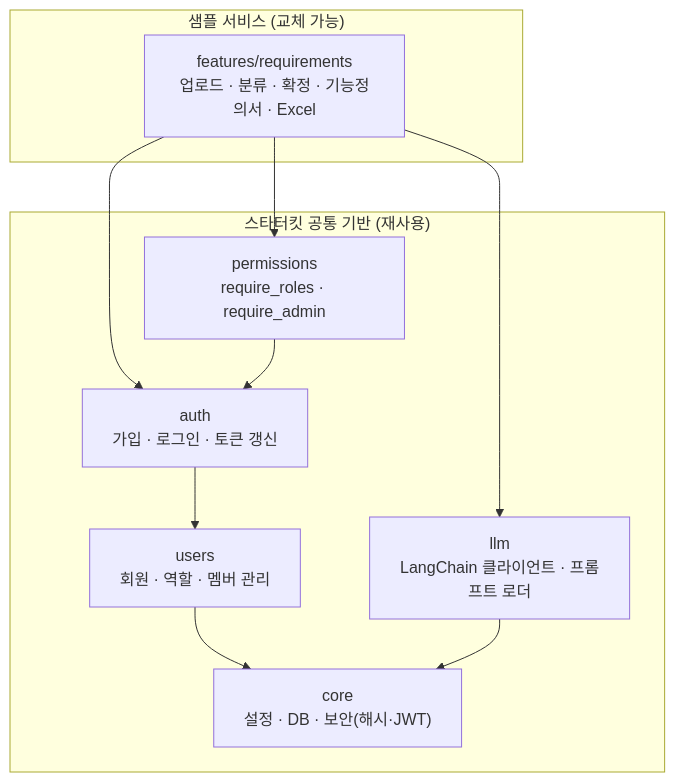
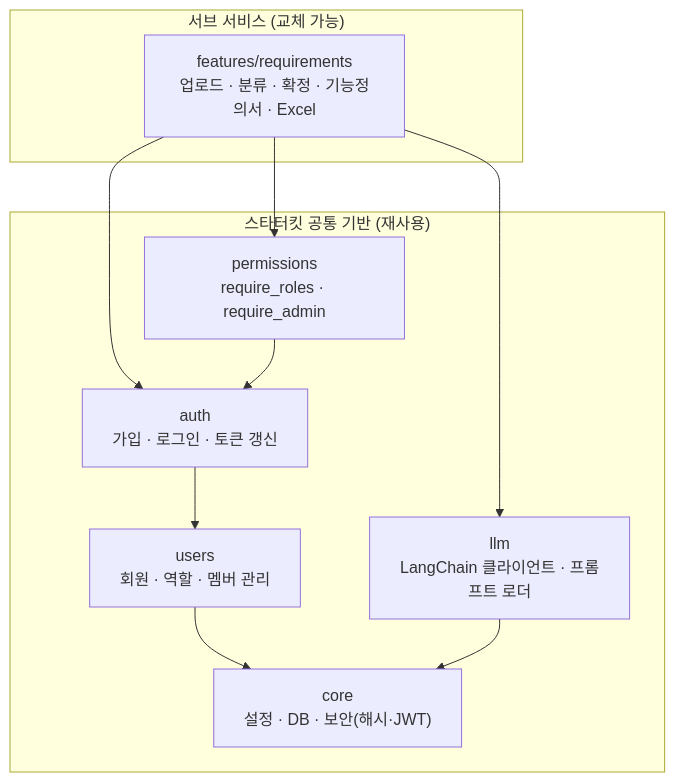
The diagram in docs/architecture.md (SNACKCUP/meerkit-snack), drawn with Mermaid before and after one commit. The commit also changed other lines of this file and 5 other files, not shown here.

````diff
--- a/docs/architecture.md
+++ b/docs/architecture.md
@@ -14,20 +14,20 @@
 ```mermaid
 flowchart TB
     subgraph KIT["스타터킷 공통 기반 (재사용)"]
         core["core<br/>설정 · DB · 보안(해시·JWT)"]
         users["users<br/>회원 · 역할 · 멤버 관리"]
         auth["auth<br/>가입 · 로그인 · 토큰 갱신"]
         perm["permissions<br/>require_roles · require_admin"]
         llm["llm<br/>LangChain 클라이언트 · 프롬프트 로더"]
     end
-    subgraph FEAT["샘플 서비스 (교체 가능)"]
+    subgraph FEAT["서브 서비스 (교체 가능)"]
         req["features/requirements<br/>업로드 · 분류 · 확정 · 기능정의서 · Excel"]
     end
     req --> perm
     req --> auth
     req --> llm
     perm --> auth
     auth --> users
     users --> core
     llm --> core
 ```
````
